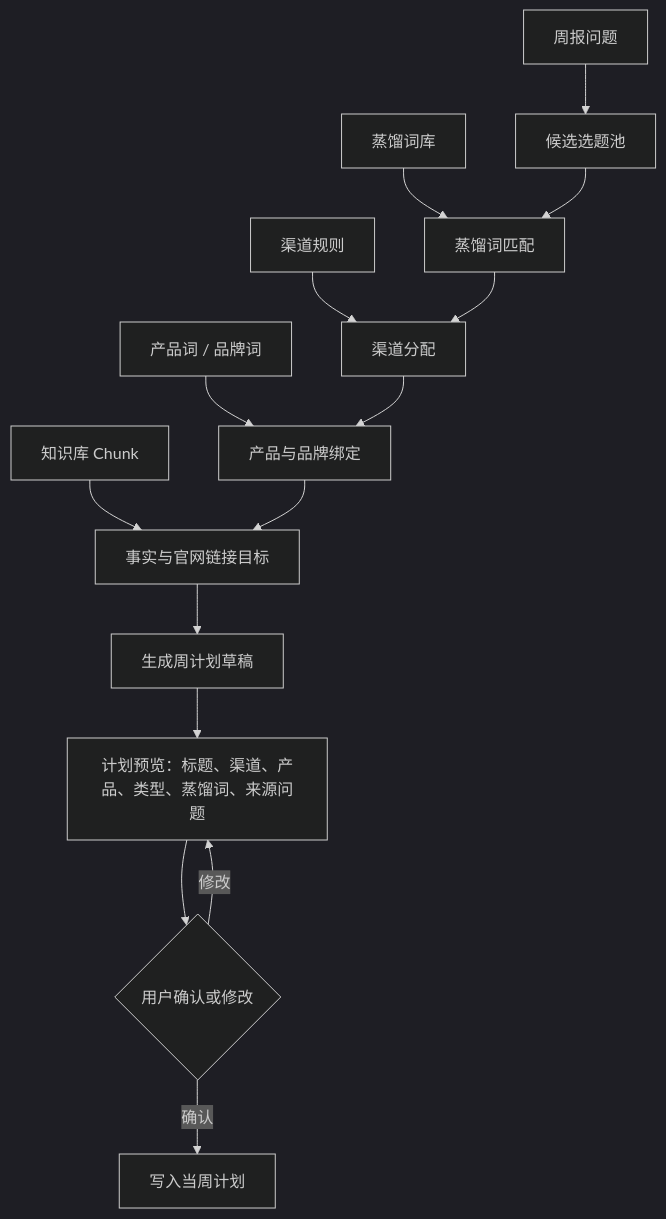
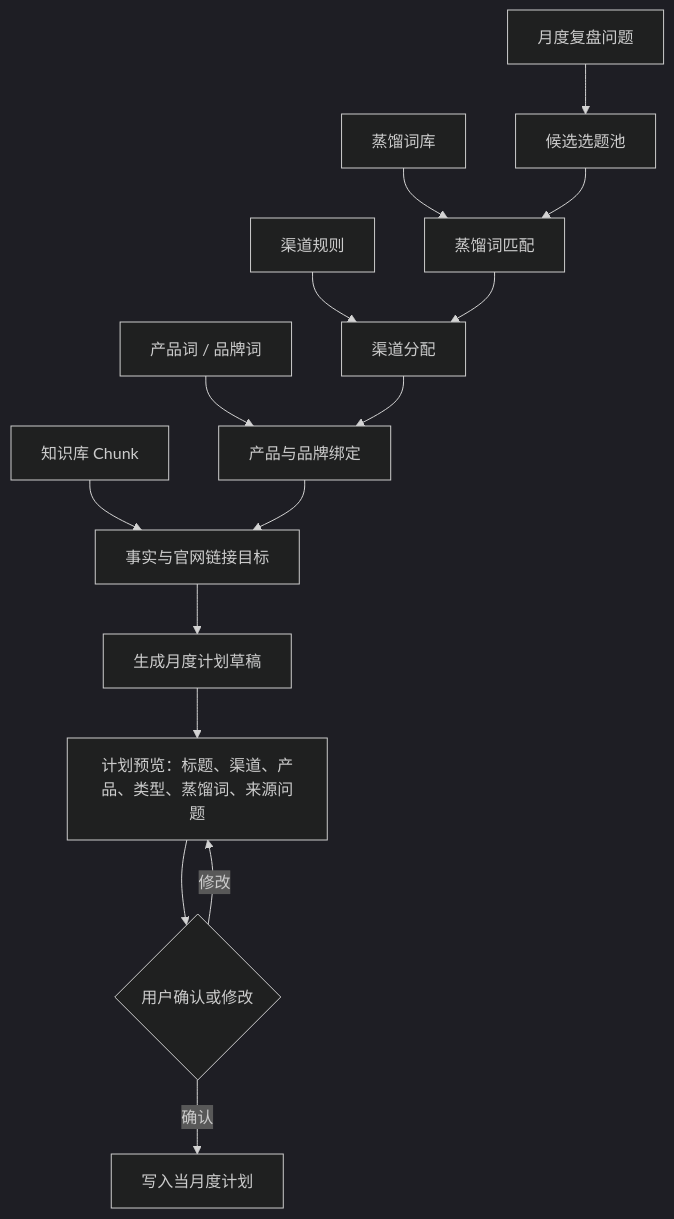
The second of 3 diagrams in docs/content-growth-system-v2-rules.md (1736280642-Star/gtm-content-growth-workbench), drawn with Mermaid (dark theme) before and after one commit. The commit also changed other lines of this file and 63 other files, not shown here.

````diff
--- a/docs/content-growth-system-v2-rules.md
+++ b/docs/content-growth-system-v2-rules.md
@@ -388,17 +376,17 @@
 ```mermaid
 flowchart TD
-  A["周报问题"] --> B["候选选题池"]
+  A["月度复盘问题"] --> B["候选选题池"]
   C["蒸馏词库"] --> D["蒸馏词匹配"]
   E["渠道规则"] --> F["渠道分配"]
   G["产品词 / 品牌词"] --> H["产品与品牌绑定"]
   I["知识库 Chunk"] --> J["事实与官网链接目标"]
   B --> D
   D --> F
   F --> H
   H --> J
-  J --> K["生成周计划草稿"]
+  J --> K["生成月度计划草稿"]
   K --> L["计划预览：标题、渠道、产品、类型、蒸馏词、来源问题"]
   L --> M{"用户确认或修改"}
   M -- "修改" --> L
-  M -- "确认" --> N["写入当周计划"]
+  M -- "确认" --> N["写入当月度计划"]
 ```
````
